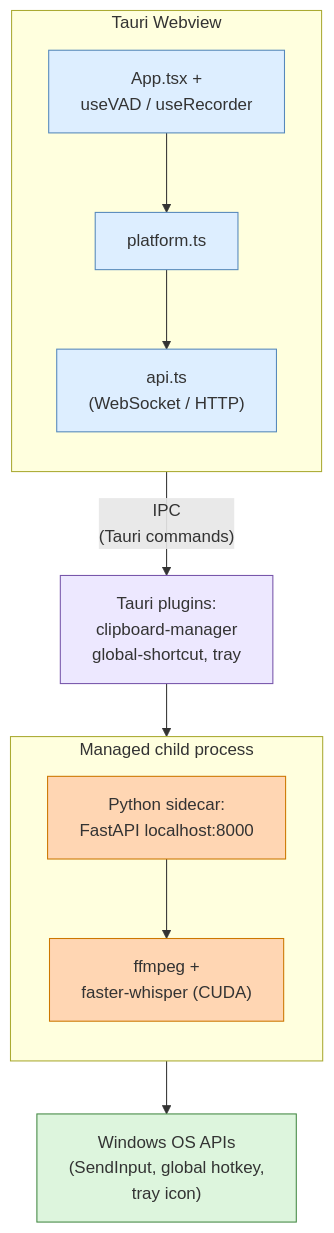
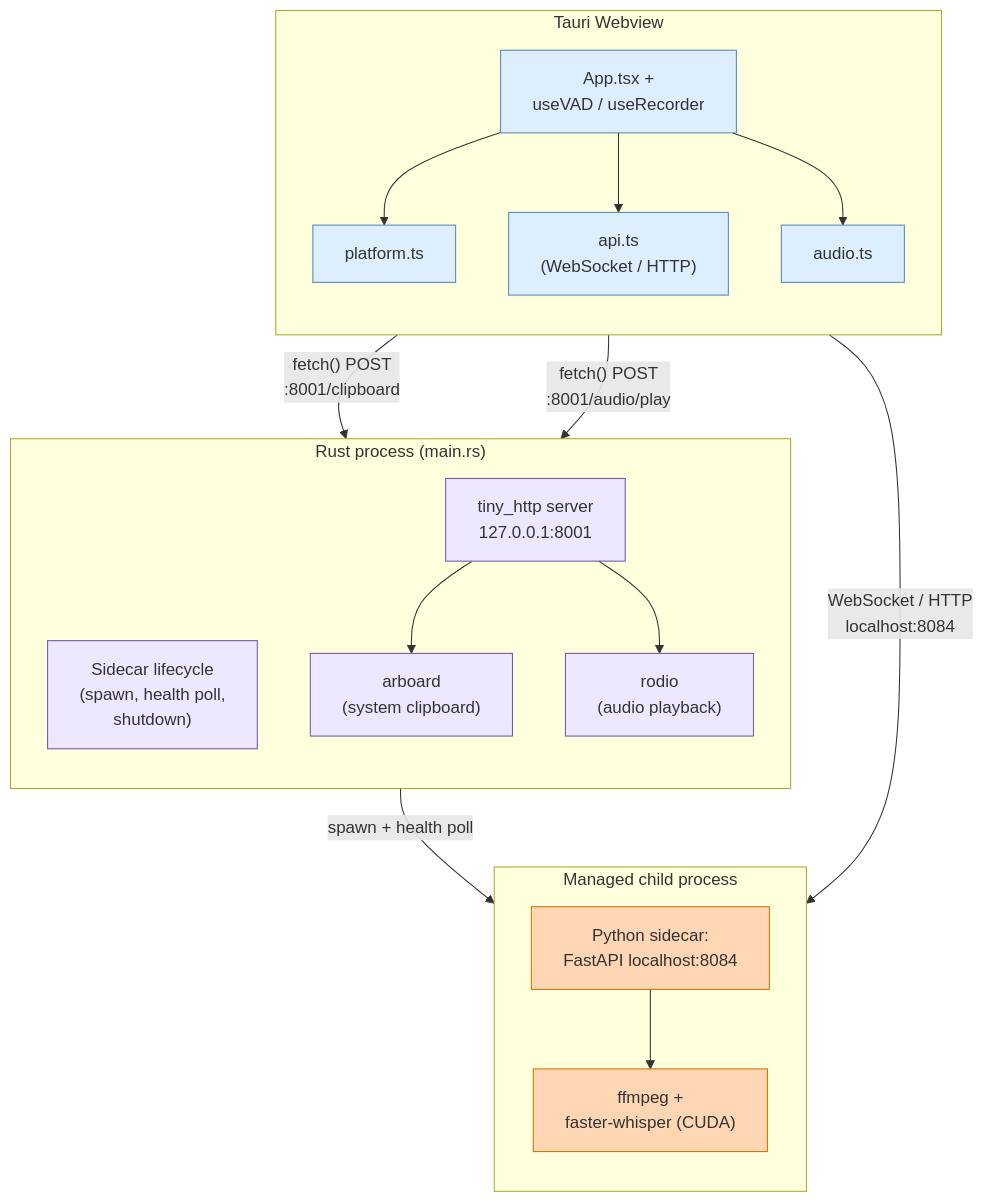
The diagram in docs/v3/diagrams/v3-architecture.mmd (JohnYanez95/voice-scribe), drawn with Mermaid before and after one commit. The commit also changed 13 other files, not shown here.

First line of the commit message:
feat: v3.3 system tray, window management, event bridge

```diff
--- a/docs/v3/diagrams/v3-architecture.mmd
+++ b/docs/v3/diagrams/v3-architecture.mmd
@@ -1,32 +1,42 @@
 flowchart TB
     subgraph webview ["Tauri Webview"]
         direction TB
         app["App.tsx +<br/>useVAD / useRecorder"]
         pt["platform.ts"]
         apits["api.ts<br/>(WebSocket / HTTP)"]
-        app --> pt --> apits
+        audio["audio.ts"]
+        app --> pt
+        app --> apits
+        app --> audio
     end
 
-    apits -->|"IPC<br/>(Tauri commands)"| plugins
-
-    plugins["Tauri plugins:<br/>clipboard-manager<br/>global-shortcut, tray"]
+    subgraph rust ["Rust process (main.rs)"]
+        direction TB
+        sidecar_mgr["Sidecar lifecycle<br/>(spawn, health poll,<br/>shutdown)"]
+        http_srv["tiny_http server<br/>127.0.0.1:8001"]
+        clipboard["arboard<br/>(system clipboard)"]
+        rodio["rodio<br/>(audio playback)"]
+        http_srv --> clipboard
+        http_srv --> rodio
+    end
 
     subgraph sidecar ["Managed child process"]
         direction TB
-        sc["Python sidecar:<br/>FastAPI localhost:8000"]
+        sc["Python sidecar:<br/>FastAPI localhost:8084"]
         inf["ffmpeg +<br/>faster-whisper (CUDA)"]
         sc --> inf
     end
 
-    plugins --> sc
-    inf --> os["Windows OS APIs<br/>(SendInput, global hotkey,<br/>tray icon)"]
+    apits -->|"WebSocket / HTTP<br/>localhost:8084"| sc
+    pt -->|"fetch() POST<br/>:8001/clipboard"| http_srv
+    audio -->|"fetch() POST<br/>:8001/audio/play"| http_srv
+    sidecar_mgr -->|"spawn + health poll"| sc
 
     classDef webviewStyle fill:#ddeeff,stroke:#5588bb,color:#333
+    classDef rustStyle fill:#ede8ff,stroke:#7755aa,color:#333
     classDef sidecarStyle fill:#ffd6b3,stroke:#cc7700,color:#333
-    classDef pluginStyle fill:#ede8ff,stroke:#7755aa,color:#333
     classDef nativeStyle fill:#ddf5dd,stroke:#448844,color:#333
 
-    class app,pt,apits webviewStyle
+    class app,pt,apits,audio webviewStyle
+    class sidecar_mgr,http_srv,clipboard,rodio rustStyle
     class sc,inf sidecarStyle
-    class plugins pluginStyle
-    class os nativeStyle
```
